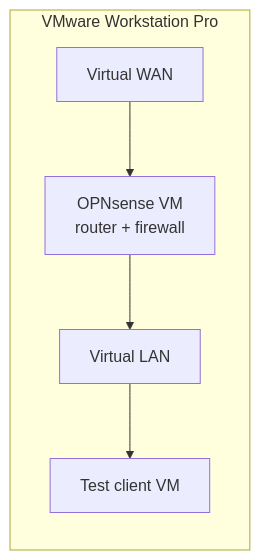
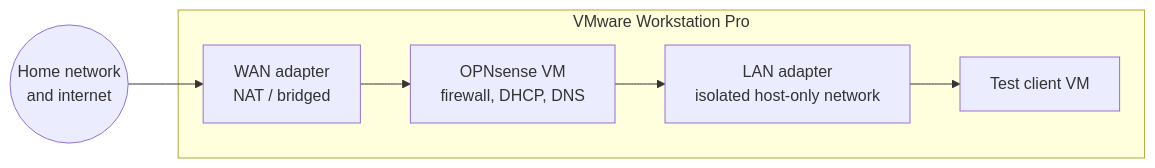
The diagram in docs/services/opnsense-lab.md (Shineori/homelab), drawn with Mermaid before and after one commit. The commit also changed other lines of this file and 2 other files, not shown here.

Commit message:
OPNsense lab: mark complete and fill in every section

````diff
--- a/docs/services/opnsense-lab.md
+++ b/docs/services/opnsense-lab.md
@@ -20,8 +20,9 @@
 ```mermaid
 flowchart LR
+    internet((Home network<br/>and internet)) --> wan
     subgraph vmw[VMware Workstation Pro]
-        wan[Virtual WAN] --> opn[OPNsense VM<br/>router + firewall]
-        opn --> lan[Virtual LAN]
+        wan[WAN adapter<br/>NAT / bridged] --> opn[OPNsense VM<br/>firewall, DHCP, DNS]
+        opn --> lan[LAN adapter<br/>isolated host-only network]
         lan --> client[Test client VM]
     end
 ```
````
